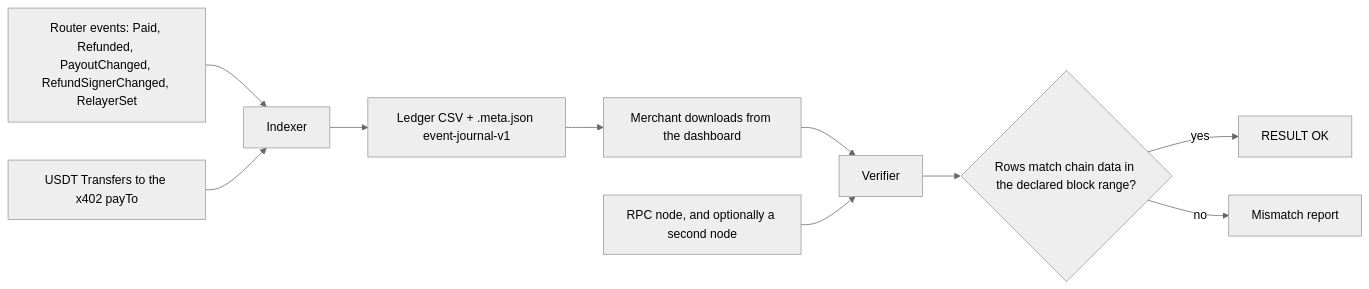
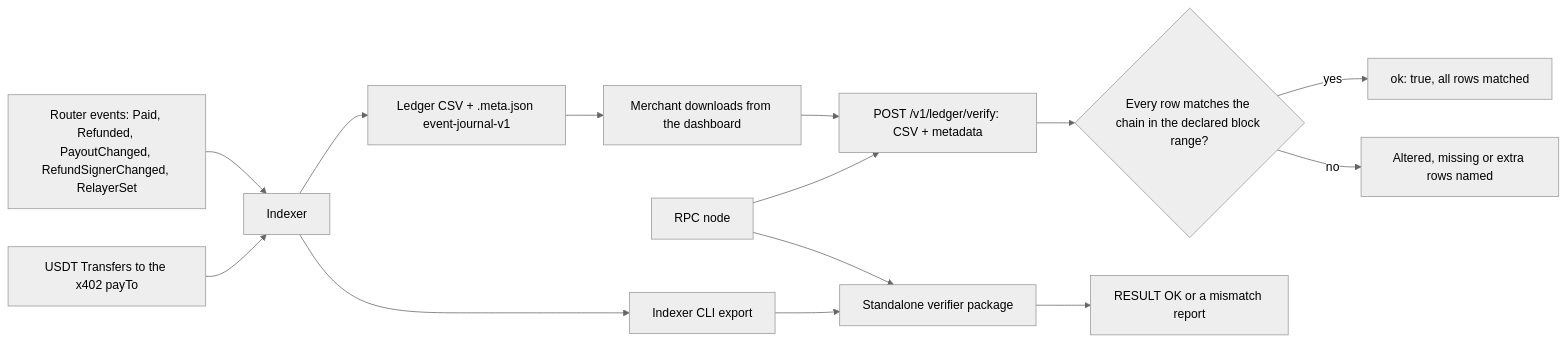
The seventh of 7 diagrams in README.md (Vroom101/QuietPay), drawn with Mermaid (neutral theme) before and after one commit. The commit also changed other lines of this file and 9 other files, not shown here.

First line of the commit message:
fix: ledger verify no longer times out; accurate verification docs; pre-demo check

````diff
--- a/README.md
+++ b/README.md
@@ -234,12 +234,16 @@
 ```mermaid
 flowchart LR
   E[Router events: Paid, Refunded, PayoutChanged, RefundSignerChanged, RelayerSet] --> X[Indexer]
   T[USDT Transfers to the x402 payTo] --> X
   X --> K[Ledger CSV + .meta.json event-journal-v1]
   K --> M[Merchant downloads from the dashboard]
-  M --> Y[Verifier]
-  Z[RPC node, and optionally a second node] --> Y
-  Y --> O{Rows match chain data in the declared block range?}
-  O -- yes --> OK[RESULT OK]
-  O -- no --> BAD[Mismatch report]
+  M --> Y[POST /v1/ledger/verify: CSV + metadata]
+  Z[RPC node] --> Y
+  Y --> O{Every row matches the chain in the declared block range?}
+  O -- yes --> OK[ok: true, all rows matched]
+  O -- no --> BAD[Altered, missing or extra rows named]
+  X --> CLI[Indexer CLI export]
+  CLI --> SV[Standalone verifier package]
+  Z --> SV
+  SV --> RES[RESULT OK or a mismatch report]
 ```
````
